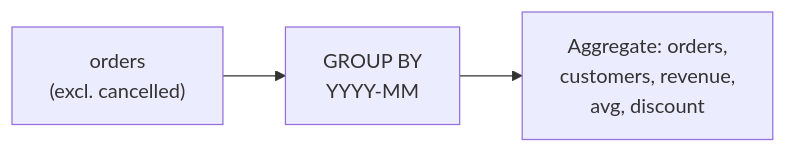
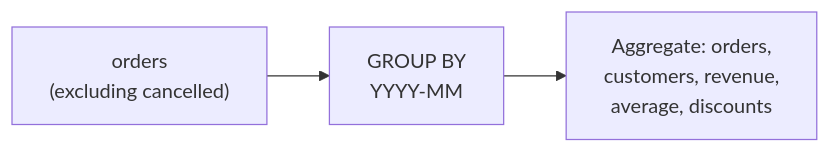
Before and after one commit to civilian7/sql-tutorial: the eighth of 18 diagrams in docs/en/schema/views.md, drawn with Mermaid. The commit also changed other lines of this file and 121 other files, not shown here.

````diff
--- a/docs/en/schema/views.md
+++ b/docs/en/schema/views.md
@@ -825,9 +839,9 @@
 ```mermaid
 flowchart LR
     A["orders
-    (excl. cancelled)"] --> B["GROUP BY
+    (excluding cancelled)"] --> B["GROUP BY
     YYYY-MM"]
     B --> C["Aggregate: orders,
     customers, revenue,
-    avg, discount"]
+    average, discounts"]
 ```
````
